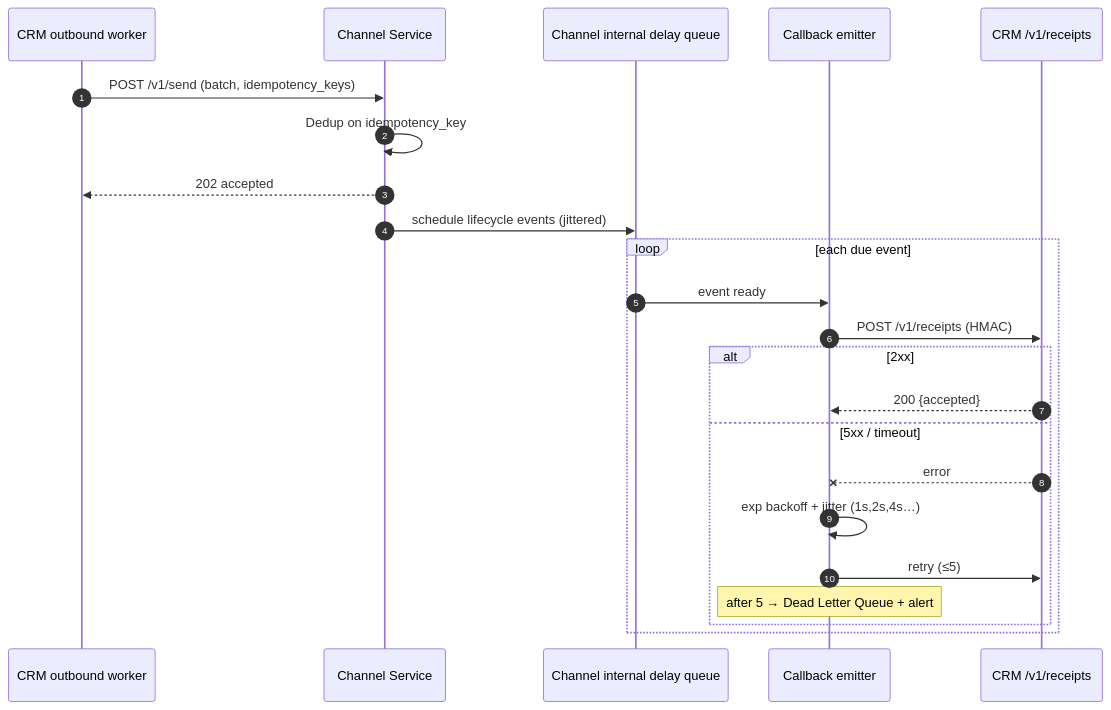
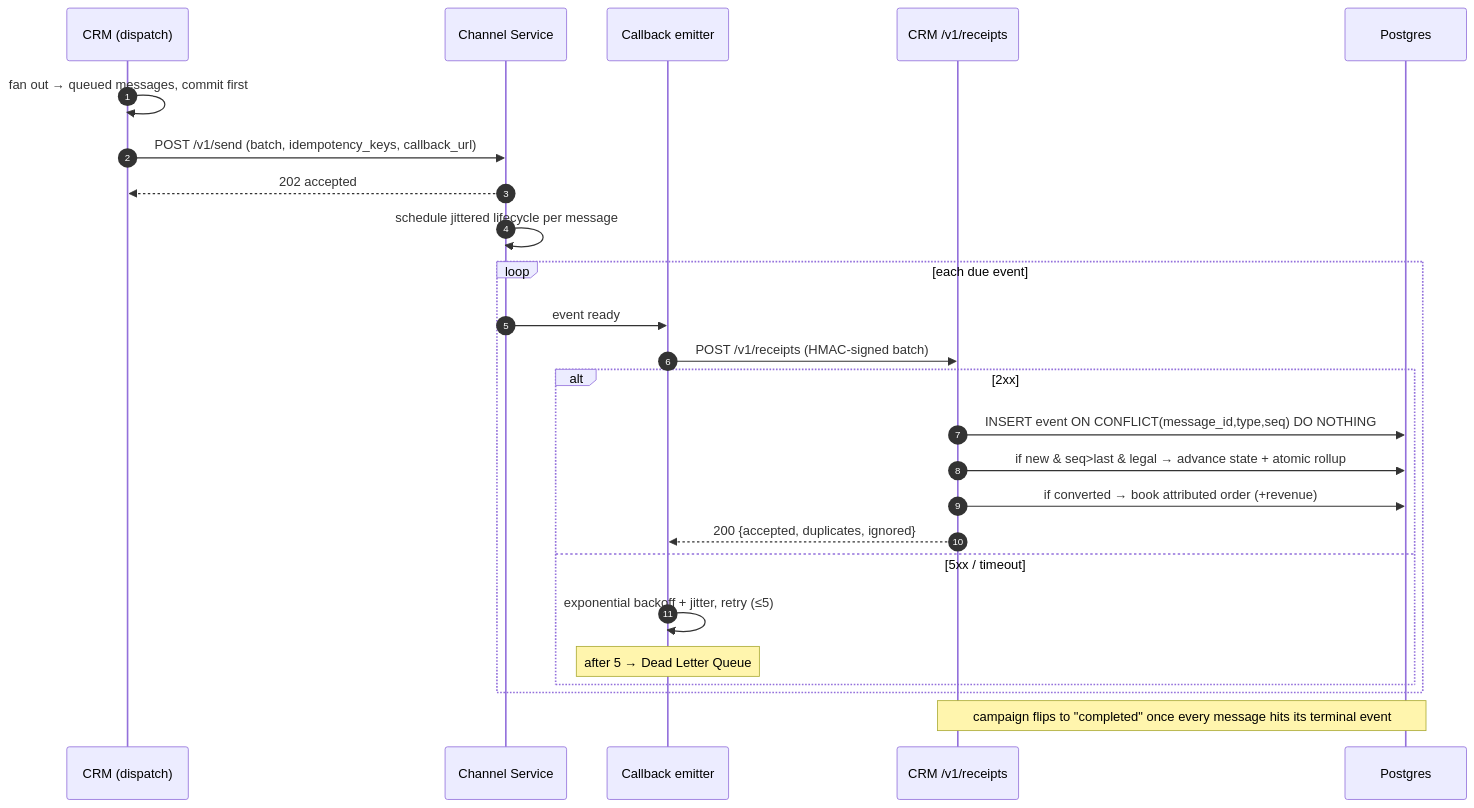
Before and after one commit to blazingarrows1525/xeno-sde: the fourth of 6 diagrams in BLUEPRINT.md, drawn with Mermaid. The commit also changed other lines of this file and 3 other files, not shown here.

````diff
--- a/BLUEPRINT.md
+++ b/BLUEPRINT.md
@@ -630,26 +255,28 @@
 ```mermaid
 sequenceDiagram
     autonumber
-    participant W as CRM outbound worker
+    participant CRM as CRM (dispatch)
     participant CH as Channel Service
-    participant Q as Channel internal delay queue
     participant CB as Callback emitter
-    participant API as CRM /v1/receipts
+    participant RCPT as CRM /v1/receipts
+    participant PG as Postgres
 
-    W->>CH: POST /v1/send (batch, idempotency_keys)
-    CH->>CH: Dedup on idempotency_key
-    CH-->>W: 202 accepted
-    CH->>Q: schedule lifecycle events (jittered)
+    CRM->>CRM: fan out → queued messages, commit first
+    CRM->>CH: POST /v1/send (batch, idempotency_keys, callback_url)
+    CH-->>CRM: 202 accepted
+    CH->>CH: schedule jittered lifecycle per message
     loop each due event
-        Q->>CB: event ready
-        CB->>API: POST /v1/receipts (HMAC)
+        CH->>CB: event ready
+        CB->>RCPT: POST /v1/receipts (HMAC-signed batch)
         alt 2xx
-            API-->>CB: 200 {accepted}
+            RCPT->>PG: INSERT event ON CONFLICT(message_id,type,seq) DO NOTHING
+            RCPT->>PG: if new & seq>last & legal → advance state + atomic rollup
+            RCPT->>PG: if converted → book attributed order (+revenue)
+            RCPT-->>CB: 200 {accepted, duplicates, ignored}
         else 5xx / timeout
-            API--xCB: error
-            CB->>CB: exp backoff + jitter (1s,2s,4s…)
-            CB->>API: retry (≤5)
-            Note over CB: after 5 → Dead Letter Queue + alert
+            CB->>CB: exponential backoff + jitter, retry (≤5)
+            Note over CB: after 5 → Dead Letter Queue
         end
     end
+    Note over RCPT,PG: campaign flips to "completed" once every message hits its terminal event
 ```
````
